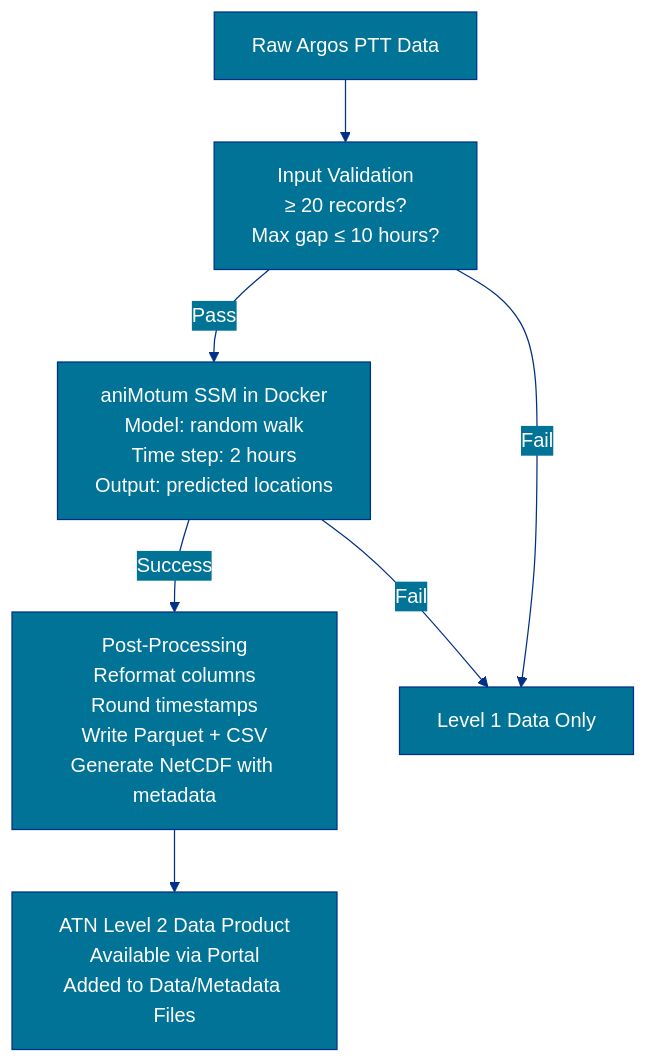
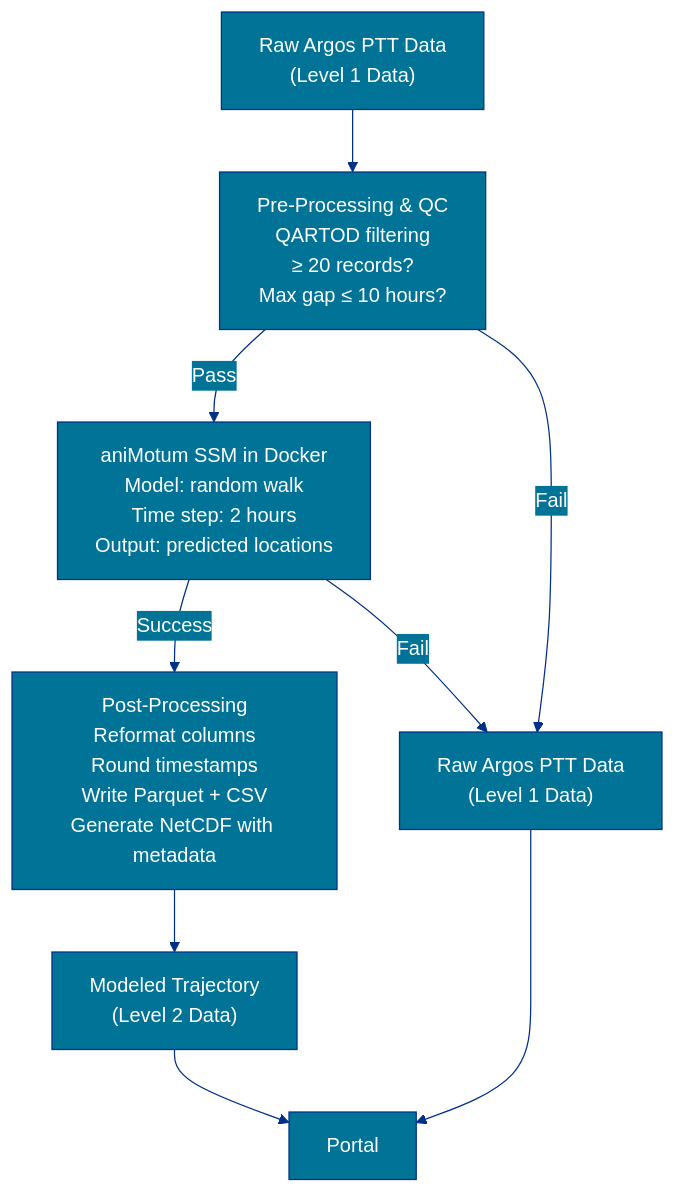
Before and after one commit to ioos/ioos-atn-data: the diagram in _docs/animotum.md, drawn with Mermaid. The commit also changed other lines of this file and 1 other file, not shown here.

````diff
--- a/_docs/animotum.md
+++ b/_docs/animotum.md
@@ -150,23 +164,25 @@
 ```mermaid
 %%{
   init: {
     'theme': 'base',
     'themeVariables': {
       'primaryColor': '#007396',
       'primaryTextColor': '#fff',
       'primaryBorderColor': '#003087',
       'lineColor': '#003087',
       'secondaryColor': '#007396',
       'tertiaryColor': '#CCD1D1'
     }
   }
 }%%
 
 flowchart TD
-  A["Raw Argos PTT Data"] --> B["Input Validation<br/>≥ 20 records?<br/>Max gap ≤ 10 hours?"]
+  A["Raw Argos PTT Data<br/>(Level 1 Data)"] --> B["Pre-Processing & QC<br/>QARTOD filtering<br/>≥ 20 records?<br/>Max gap ≤ 10 hours?"]
   B -->|Pass| C["aniMotum SSM in Docker<br/>Model: random walk<br/>Time step: 2 hours<br/>Output: predicted locations"]
   C -->|Success| D["Post-Processing<br/>Reformat columns<br/>Round timestamps<br/>Write Parquet + CSV<br/>Generate NetCDF with metadata"]
-  C -->|Fail| F["Level 1 Data Only"]
-  D --> E["ATN Level 2 Data Product<br/>Available via Portal<br/>Added to Data/Metadata Files"]
+  C -->|Fail| F["Raw Argos PTT Data<br/>(Level 1 Data)"]
+  D --> E["Modeled Trajectory<br/>(Level 2 Data)"]
   B -->|Fail| F
+  E --> G["Portal"]
+  F --> G
 ```
````
